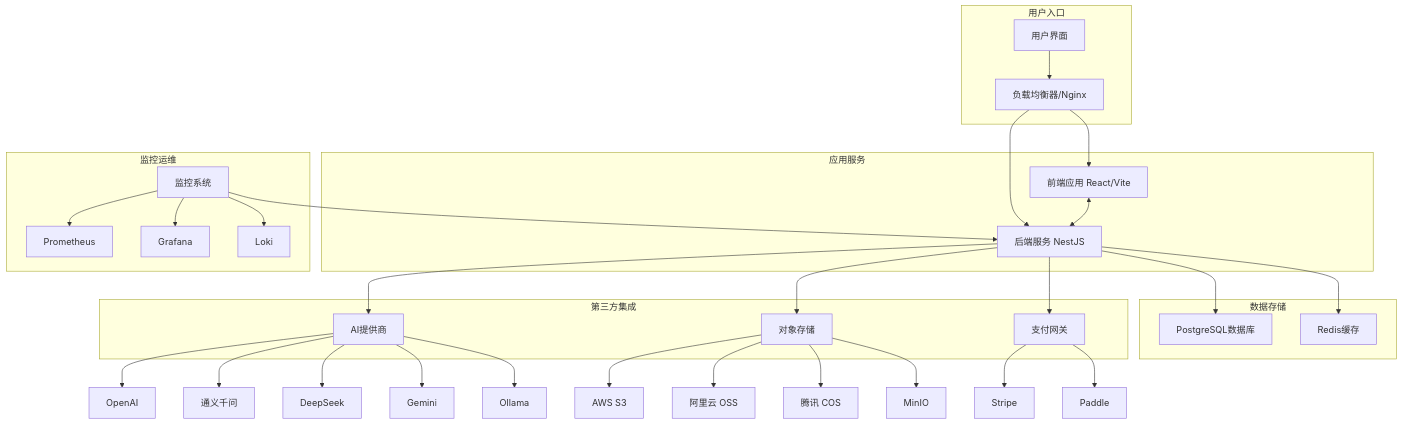
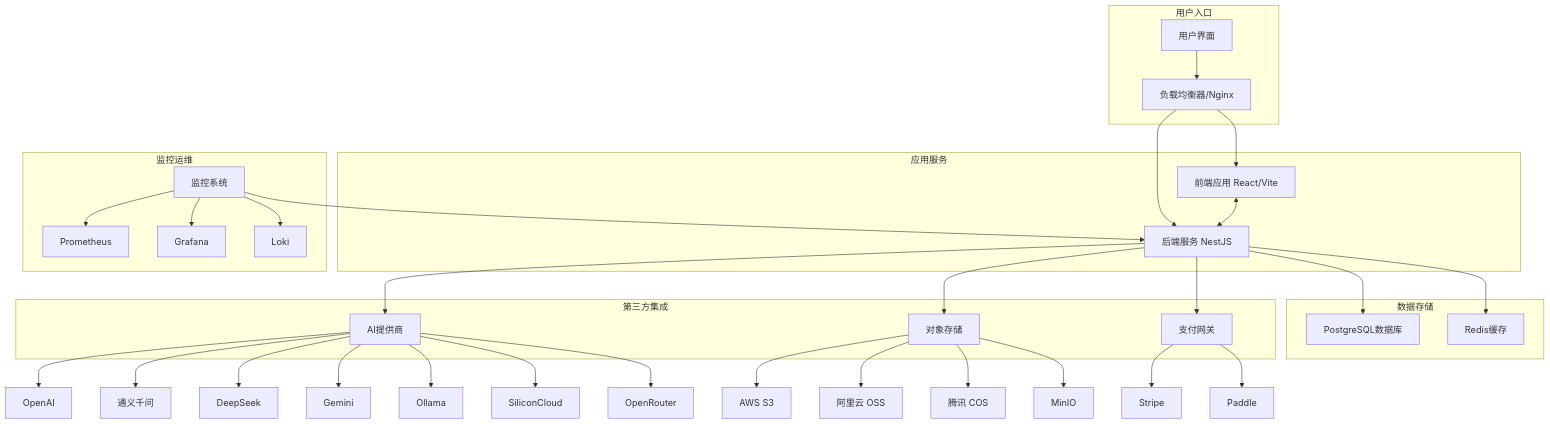
Before and after one commit to xuanyiying/IntervAI: the diagram in README_zh.md, drawn with Mermaid. The commit also changed other lines of this file and 36 other files, not shown here.

````diff
--- a/README_zh.md
+++ b/README_zh.md
@@ -151,61 +151,63 @@
 ```mermaid
 flowchart TD
     A[用户界面] --> B[负载均衡器/Nginx]
     B --> C[前端应用 React/Vite]
     B --> D[后端服务 NestJS]
     
     C <--> D
     
     D --> E[PostgreSQL数据库]
     D --> F[Redis缓存]
     
     D --> G[AI提供商]
     G --> G1[OpenAI]
     G --> G2[通义千问]
     G --> G3[DeepSeek]
     G --> G4[Gemini]
     G --> G5[Ollama]
+    G --> G6[SiliconCloud]
+    G --> G7[OpenRouter]
     
     D --> H[对象存储]
     H --> H1[AWS S3]
     H --> H2[阿里云 OSS]
     H --> H3[腾讯 COS]
     H --> H4[MinIO]
     
     D --> I[支付网关]
     I --> I1[Stripe]
     I --> I2[Paddle]
     
     J[监控系统] --> D
     J --> K[Prometheus]
     J --> L[Grafana]
     J --> M[Loki]
     
     subgraph UserEntry [用户入口]
         A
         B
     end
     
     subgraph AppServices [应用服务]
         C
         D
     end
     
     subgraph DataStorage [数据存储]
         E
         F
     end
     
     subgraph Integrations [第三方集成]
         G
         H
         I
     end
     
     subgraph Monitoring [监控运维]
         J
         K
         L
         M
     end
 ```
````
